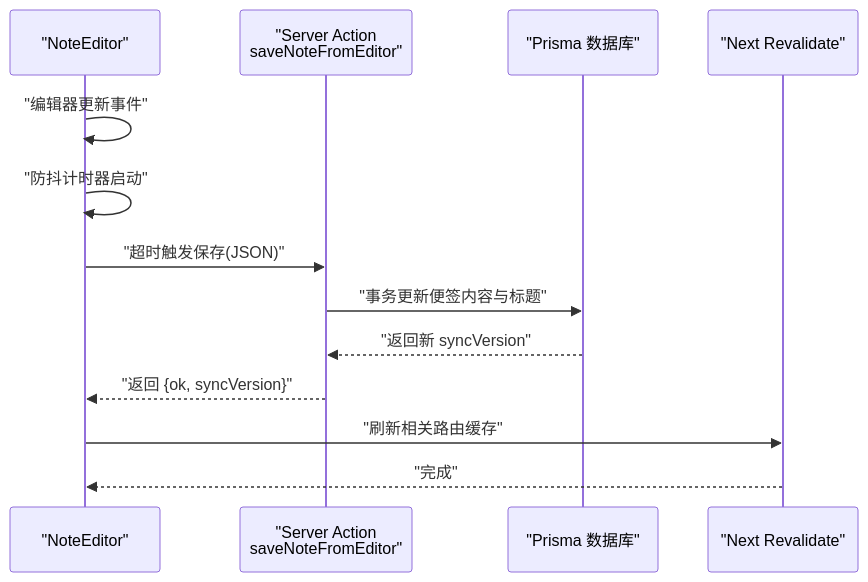
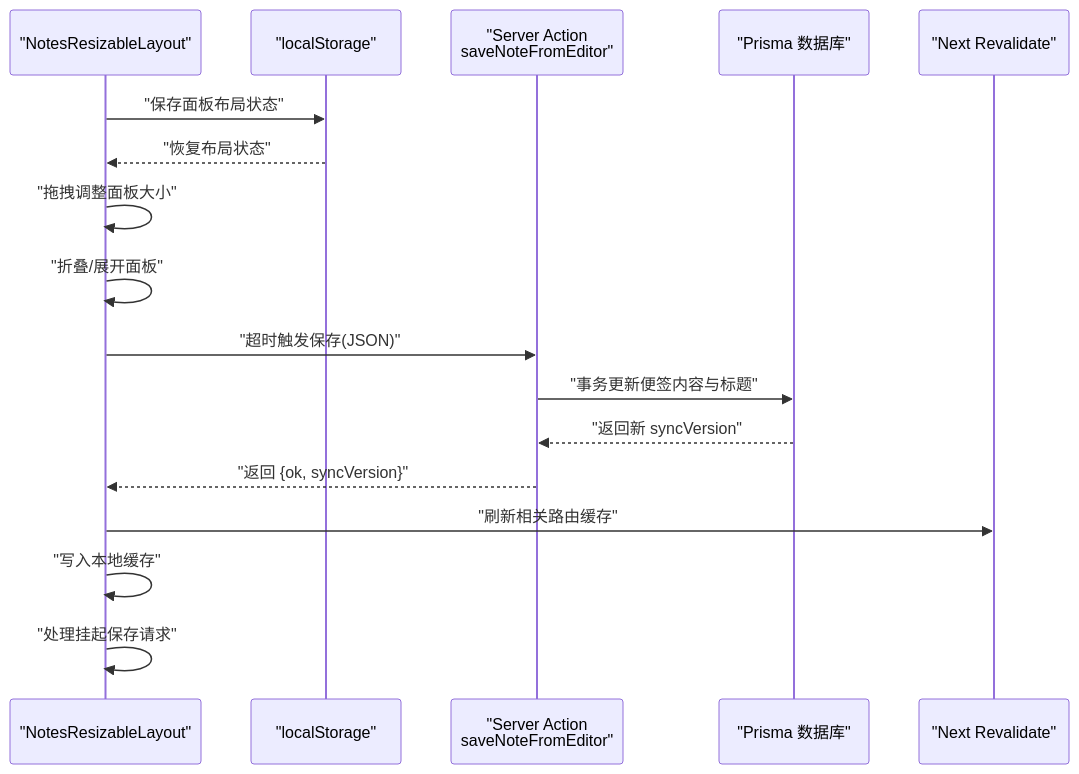
The second of 12 diagrams in .qoder/repowiki/zh/content/便签管理系统/便签管理系统.md (qiuziGirl/smart-todo), drawn with Mermaid before and after one commit. The commit also changed other lines of this file and 8 other files, not shown here.

````diff
--- a/.qoder/repowiki/zh/content/便签管理系统/便签管理系统.md
+++ b/.qoder/repowiki/zh/content/便签管理系统/便签管理系统.md
@@ -124,15 +153,19 @@
 ```mermaid
 sequenceDiagram
-participant UI as "NoteEditor"
+participant UI as "NotesResizableLayout"
+participant LS as "localStorage"
 participant SA as "Server Action<br/>saveNoteFromEditor"
 participant DB as "Prisma 数据库"
 participant SYNC as "Next Revalidate"
-UI->>UI : "编辑器更新事件"
-UI->>UI : "防抖计时器启动"
+UI->>LS : "保存面板布局状态"
+LS-->>UI : "恢复布局状态"
+UI->>UI : "拖拽调整面板大小"
+UI->>UI : "折叠/展开面板"
 UI->>SA : "超时触发保存(JSON)"
 SA->>DB : "事务更新便签内容与标题"
 DB-->>SA : "返回新 syncVersion"
 SA-->>UI : "返回 {ok, syncVersion}"
 UI->>SYNC : "刷新相关路由缓存"
-SYNC-->>UI : "完成"
+UI->>UI : "写入本地缓存"
+UI->>UI : "处理挂起保存请求"
 ```
````
